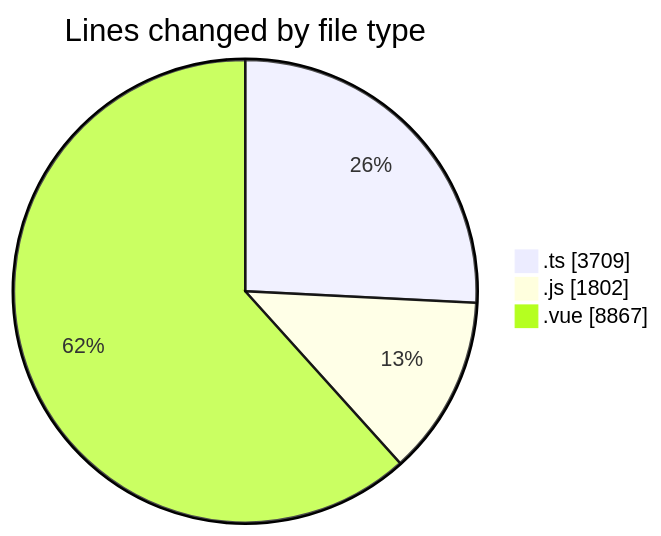
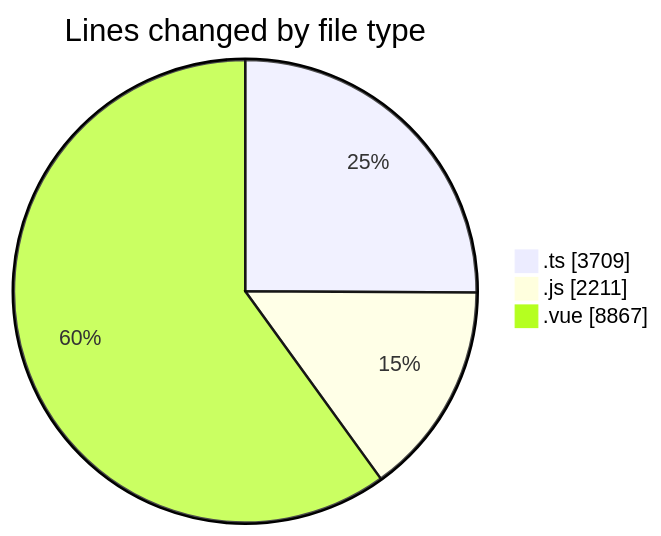
The first of 2 diagrams in 2025-08-16/rentotp/README.md (lephambinh05/code-tracking), drawn with Mermaid before and after one commit. The commit also changed other lines of this file and 1 other file, not shown here.

````diff
--- a/2025-08-16/rentotp/README.md
+++ b/2025-08-16/rentotp/README.md
@@ -59,7 +60,7 @@
 ```mermaid
 pie showData
 title Lines changed by file type
 ".ts" : 3709
-".js" : 1802
+".js" : 2211
 ".vue" : 8867
 ```
````
